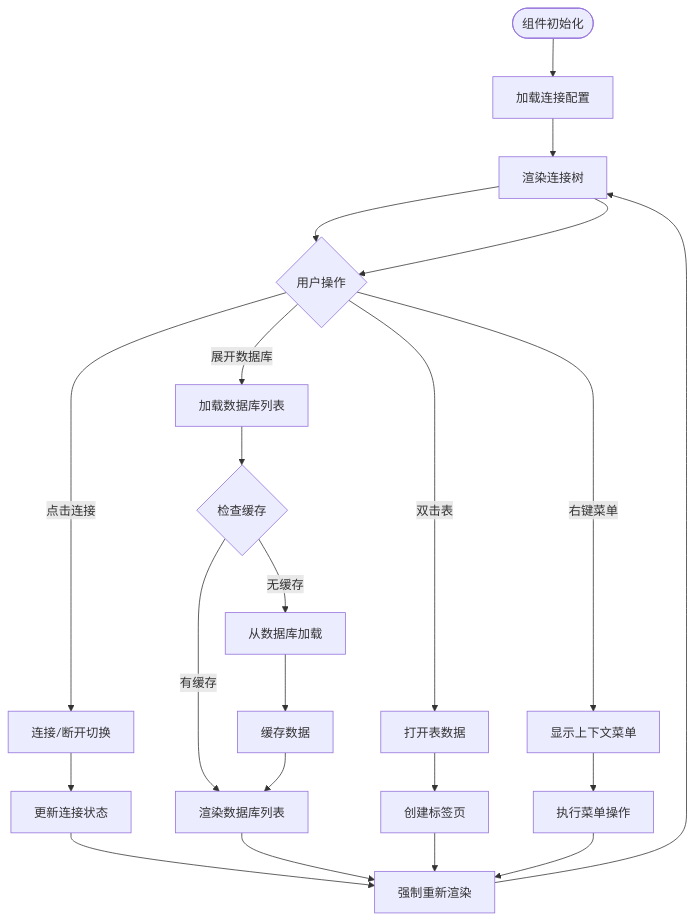
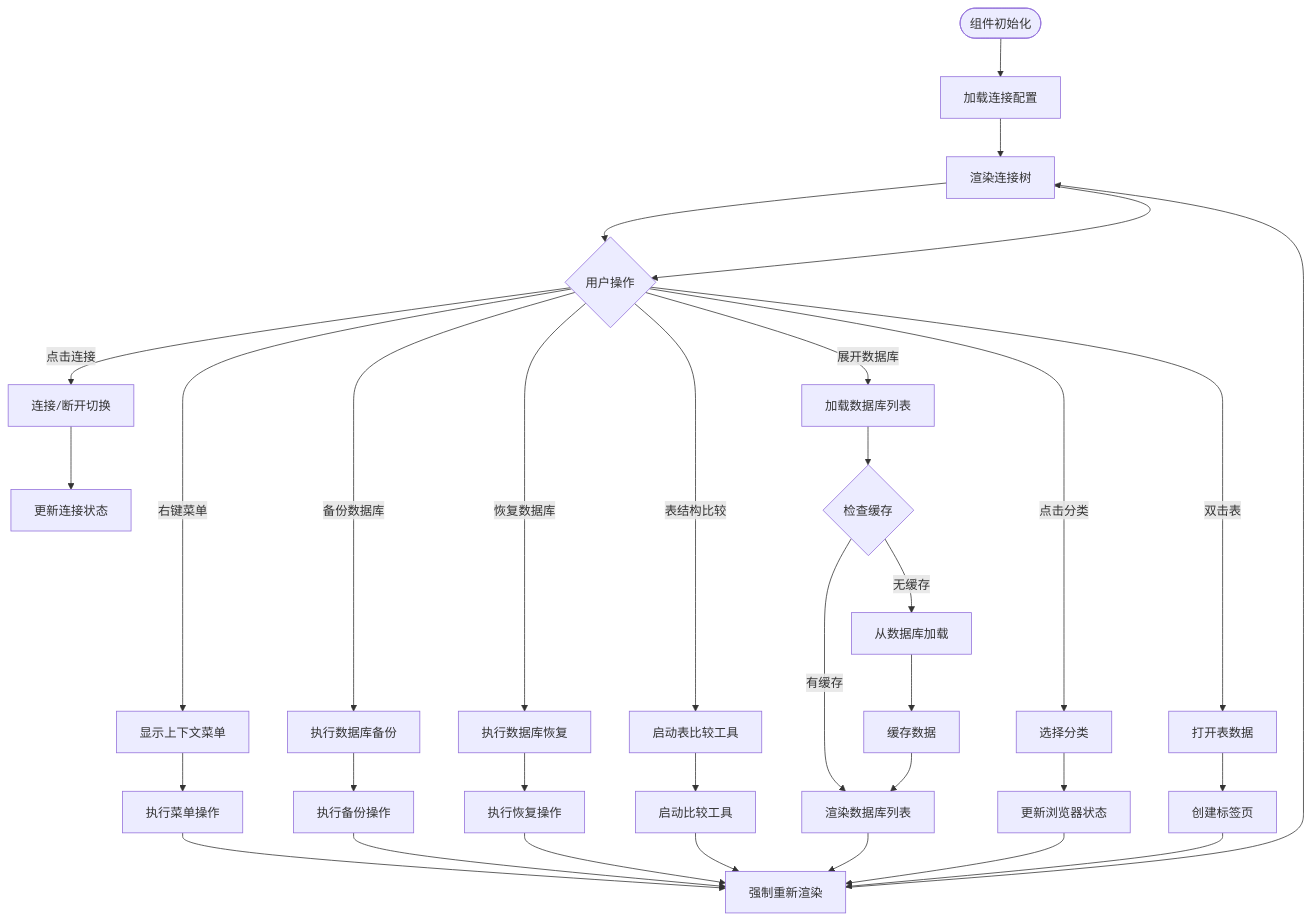
One commit to wwenbo2048/nexsql changed the fourth of 13 diagrams in .qoder/repowiki/zh/content/前端组件系统/连接树组件.md. Above: the diagram before and after it, drawn with Mermaid. The commit also changed other lines of this file and 19 other files, not shown here.

````diff
--- a/.qoder/repowiki/zh/content/前端组件系统/连接树组件.md
+++ b/.qoder/repowiki/zh/content/前端组件系统/连接树组件.md
@@ -197,24 +310,35 @@
 ```mermaid
 flowchart TD
 Start([组件初始化]) --> LoadConnections[加载连接配置]
 LoadConnections --> RenderTree[渲染连接树]
 RenderTree --> UserAction{用户操作}
 UserAction --> |点击连接| ConnectToggle[连接/断开切换]
 UserAction --> |展开数据库| LoadDatabases[加载数据库列表]
+UserAction --> |点击分类| SelectCategory[选择分类]
 UserAction --> |双击表| OpenTable[打开表数据]
 UserAction --> |右键菜单| ShowContextMenu[显示上下文菜单]
+UserAction --> |备份数据库| BackupDatabase[执行数据库备份]
+UserAction --> |恢复数据库| RestoreDatabase[执行数据库恢复]
+UserAction --> |表结构比较| CompareTable[启动表比较工具]
 ConnectToggle --> UpdateStatus[更新连接状态]
 LoadDatabases --> CheckCache{检查缓存}
 CheckCache --> |有缓存| RenderDatabases[渲染数据库列表]
 CheckCache --> |无缓存| LoadFromDB[从数据库加载]
 LoadFromDB --> CacheData[缓存数据]
 CacheData --> RenderDatabases
+SelectCategory --> UpdateBrowser[更新浏览器状态]
 OpenTable --> CreateTab[创建标签页]
 ShowContextMenu --> HandleAction[执行菜单操作]
-UpdateStatus --> ForceUpdate[强制重新渲染]
+BackupDatabase --> ExecuteBackup[执行备份操作]
+RestoreDatabase --> ExecuteRestore[执行恢复操作]
+CompareTable --> LaunchCompare[启动比较工具]
+HandleAction --> ForceUpdate[强制重新渲染]
+ExecuteBackup --> ForceUpdate
+ExecuteRestore --> ForceUpdate
+LaunchCompare --> ForceUpdate
 RenderDatabases --> ForceUpdate
+UpdateBrowser --> ForceUpdate
 CreateTab --> ForceUpdate
-HandleAction --> ForceUpdate
 ForceUpdate --> RenderTree
 RenderTree --> UserAction
 ```
````
